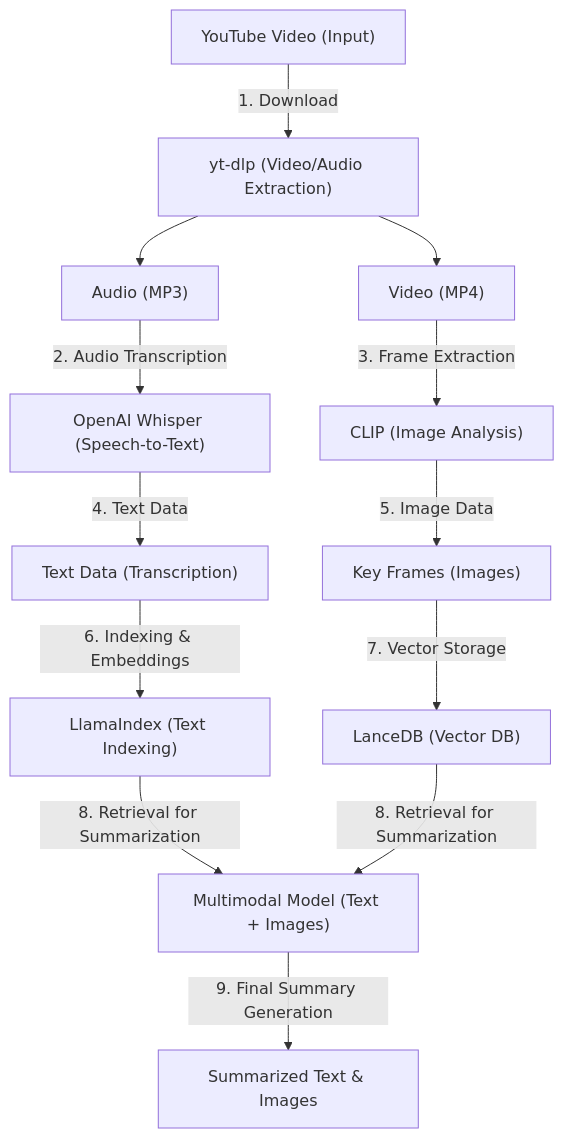
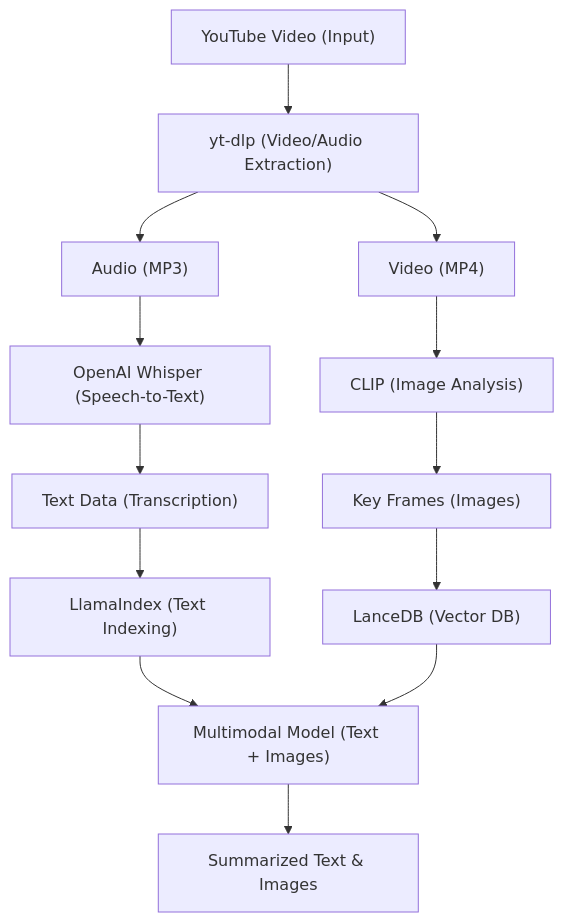
One commit to naveenkrishnan840/Youtube-Video-Summarization changed the diagram in README.md. Above: the diagram before and after it, drawn with Mermaid.

````diff
--- a/README.md
+++ b/README.md
@@ -51,16 +51,16 @@
 ```mermaid
 graph TD
-    A["YouTube Video (Input)"] -->|1. Download| B["yt-dlp (Video/Audio Extraction)"];
+    A["YouTube Video (Input)"] --> B["yt-dlp (Video/Audio Extraction)"];
     B --> C["Audio (MP3)"];
     B --> D["Video (MP4)"];
-    C -->|2. Audio Transcription| E["OpenAI Whisper (Speech-to-Text)"];
-    D -->|3. Frame Extraction| F["CLIP (Image Analysis)"];
-    E -->|4. Text Data| G["Text Data (Transcription)"];
-    F -->|5. Image Data| H["Key Frames (Images)"];
-    G -->|6. Indexing & Embeddings| I["LlamaIndex (Text Indexing)"];
-    H -->|7. Vector Storage| J["LanceDB (Vector DB)"];
-    I -->|8. Retrieval for Summarization| K["Multimodal Model (Text + Images)"];
-    J -->|8. Retrieval for Summarization| K;
-    K -->|9. Final Summary Generation| L["Summarized Text & Images"];
+    C --> E["OpenAI Whisper (Speech-to-Text)"];
+    D --> F["CLIP (Image Analysis)"];
+    E --> G["Text Data (Transcription)"];
+    F --> H["Key Frames (Images)"];
+    G --> I["LlamaIndex (Text Indexing)"];
+    H --> J["LanceDB (Vector DB)"];
+    I --> K["Multimodal Model (Text + Images)"];
+    J --> K;
+    K --> L["Summarized Text & Images"];
 
 ```
````
